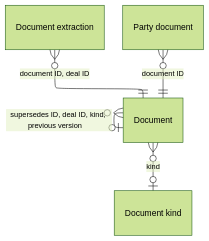
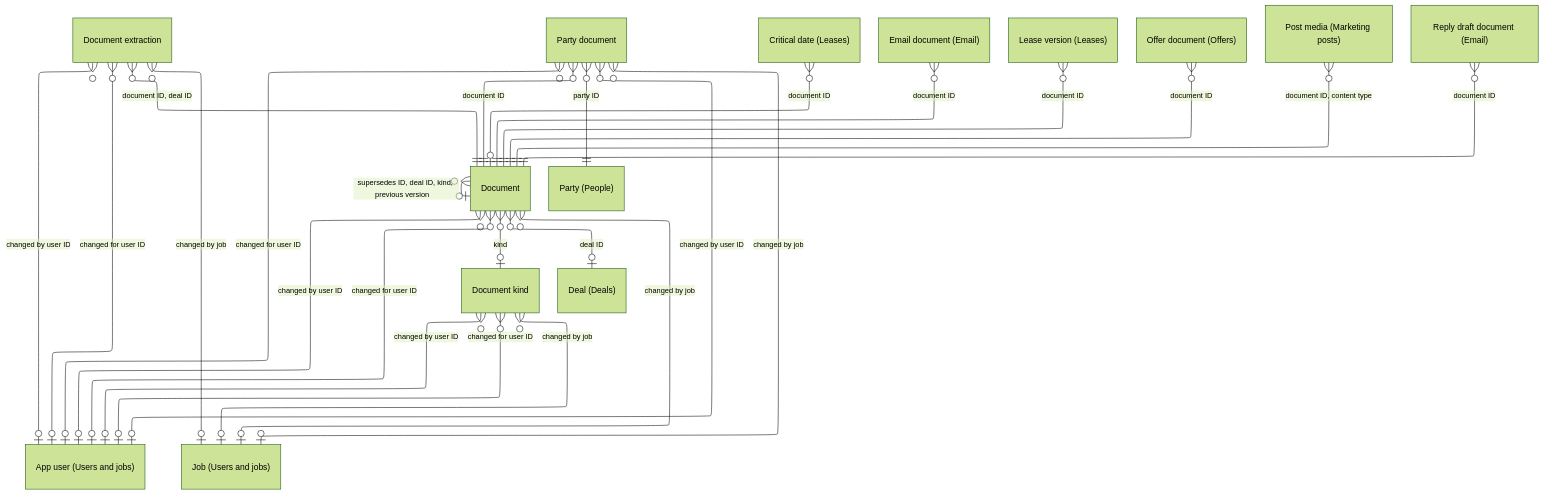
One commit to DoctorCRE/doctorcre-engine changed the diagram in docs/database/tables/viewpoint-documents.md. Above: the diagram before and after it, drawn with Mermaid (forest theme). The commit also changed other lines of this file and 27 other files, not shown here.

````diff
--- a/docs/database/tables/viewpoint-documents.md
+++ b/docs/database/tables/viewpoint-documents.md
@@ -3,18 +3,38 @@
 ```mermaid
 ---
 config:
   layout: elk
   er:
     nodeSpacing: 22
     rankSpacing: 44
 ---
 erDiagram
   "Document"
   "Document extraction"
   "Document kind"
   "Party document"
+  "Critical date (Leases)" }o--o| "Document" : "document ID"
+  "Document" }o--o| "App user (Users and jobs)" : "changed by user ID"
+  "Document" }o--o| "App user (Users and jobs)" : "changed for user ID"
+  "Document" }o--o| "Deal (Deals)" : "deal ID"
   "Document" }o--o| "Document" : "supersedes ID, deal ID, kind, previous version#160;#160;#160;#160;"
   "Document" }o--o| "Document kind" : "kind"
+  "Document" }o--o| "Job (Users and jobs)" : "changed by job"
+  "Document extraction" }o--o| "App user (Users and jobs)" : "changed by user ID"
+  "Document extraction" }o--o| "App user (Users and jobs)" : "changed for user ID"
   "Document extraction" }o--|| "Document" : "document ID, deal ID"
+  "Document extraction" }o--o| "Job (Users and jobs)" : "changed by job"
+  "Document kind" }o--o| "App user (Users and jobs)" : "changed by user ID"
+  "Document kind" }o--o| "App user (Users and jobs)" : "changed for user ID"
+  "Document kind" }o--o| "Job (Users and jobs)" : "changed by job"
+  "Email document (Email)" }o--|| "Document" : "document ID"
+  "Lease version (Leases)" }o--|| "Document" : "document ID"
+  "Offer document (Offers)" }o--|| "Document" : "document ID"
+  "Party document" }o--o| "App user (Users and jobs)" : "changed by user ID"
+  "Party document" }o--o| "App user (Users and jobs)" : "changed for user ID"
   "Party document" }o--|| "Document" : "document ID"
+  "Party document" }o--o| "Job (Users and jobs)" : "changed by job"
+  "Party document" }o--|| "Party (People)" : "party ID"
+  "Post media (Marketing posts)" }o--|| "Document" : "document ID, content type"
+  "Reply draft document (Email)" }o--|| "Document" : "document ID"
 ```
````
